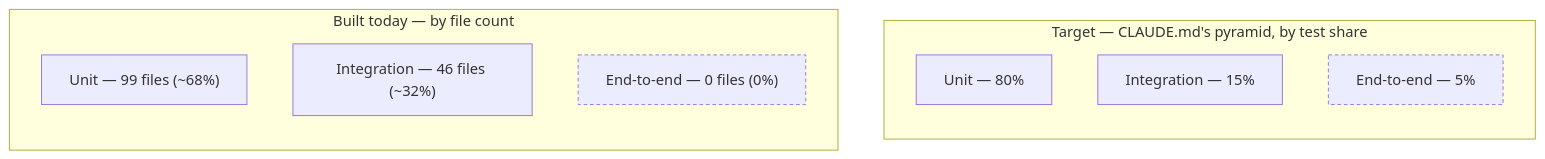
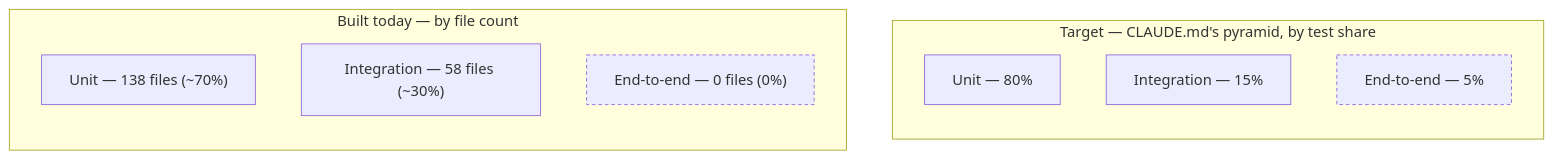
Before and after one commit to aaronrmDev/AI-AUGMENTED-GENERATION: the diagram in docs/testing/TESTING.md, drawn with Mermaid. The commit also changed other lines of this file and 7 other files, not shown here.

````diff
--- a/docs/testing/TESTING.md
+++ b/docs/testing/TESTING.md
@@ -15,17 +15,17 @@
 ```mermaid
 flowchart TB
     subgraph Target["Target — CLAUDE.md's pyramid, by test share"]
         direction TB
         TU["Unit — 80%"]
         TI["Integration — 15%"]
         TE["End-to-end — 5%"]
     end
     subgraph Actual["Built today — by file count"]
         direction TB
-        AU["Unit — 99 files (~68%)"]
-        AI["Integration — 46 files (~32%)"]
+        AU["Unit — 138 files (~70%)"]
+        AI["Integration — 58 files (~30%)"]
         AE["End-to-end — 0 files (0%)"]
     end
     style TE stroke-dasharray: 4 3
     style AE stroke-dasharray: 4 3
 ```
````
